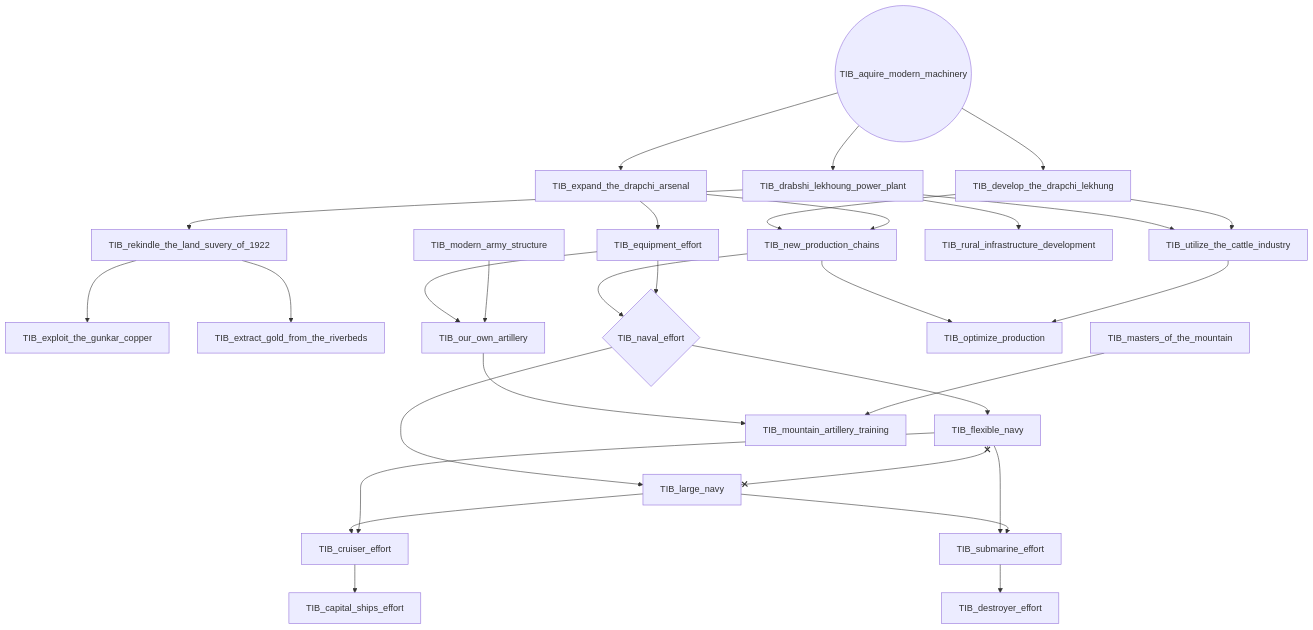
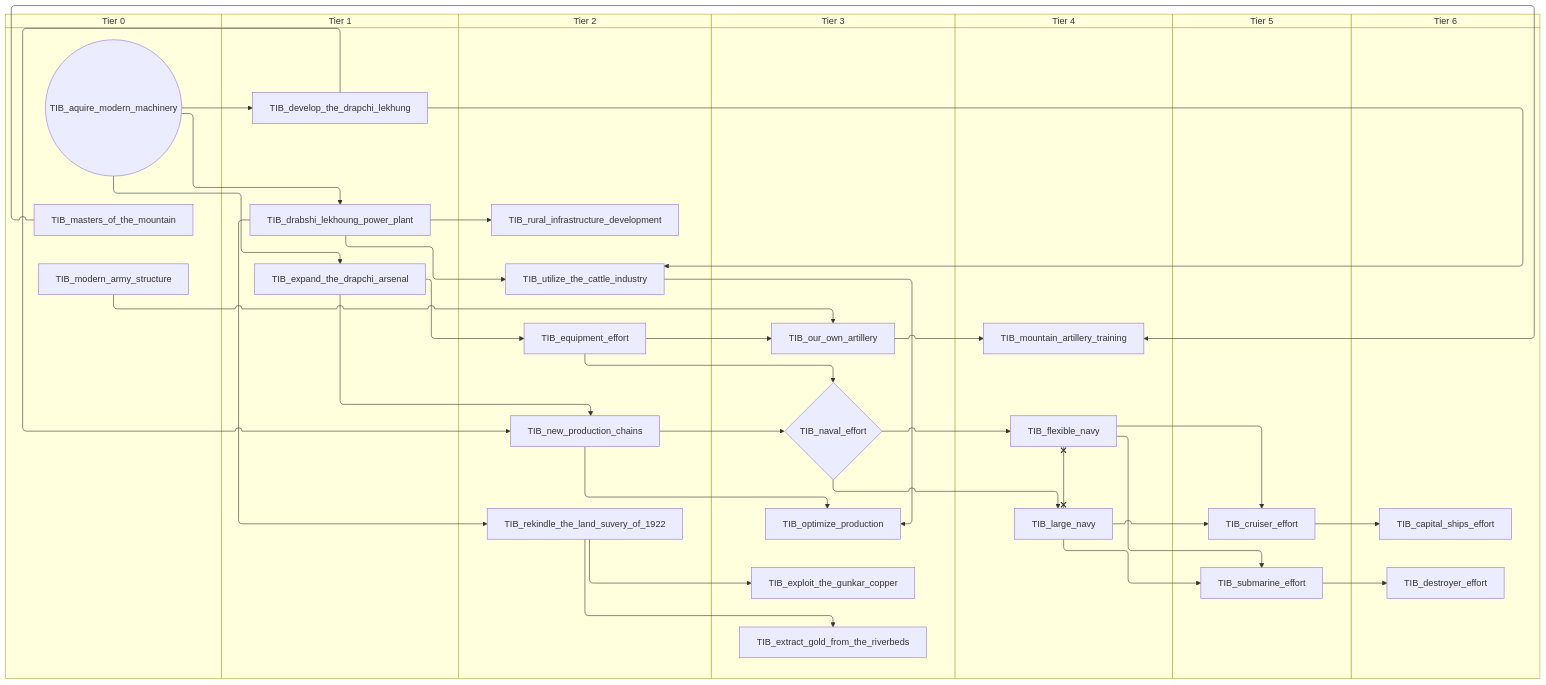
One commit to evgeny-sobol/hoi4-sandbox-mode-r56 changed the first of 4 diagrams in docs/gdd/National Focuses/r56/tibet.md. Above: the diagram before and after it, drawn with Mermaid. The commit also changed other lines of this file and 423 other files, not shown here.

First line of the commit message:
Re-export Rt56 focus trees as swimlane diagrams

````diff
--- a/docs/gdd/National Focuses/r56/tibet.md
+++ b/docs/gdd/National Focuses/r56/tibet.md
@@ -3,55 +3,69 @@
 ```mermaid
-flowchart TD
-    n1(("TIB_aquire_modern_machinery"))
-    n2["TIB_capital_ships_effort"]
-    n3["TIB_cruiser_effort"]
-    n4["TIB_destroyer_effort"]
-    n5["TIB_develop_the_drapchi_lekhung"]
-    n6["TIB_drabshi_lekhoung_power_plant"]
-    n7["TIB_equipment_effort"]
-    n8["TIB_expand_the_drapchi_arsenal"]
-    n9["TIB_exploit_the_gunkar_copper"]
-    n10["TIB_extract_gold_from_the_riverbeds"]
-    n11["TIB_flexible_navy"]
-    n12["TIB_large_navy"]
-    n13["TIB_masters_of_the_mountain"]
-    n14["TIB_modern_army_structure"]
-    n15["TIB_mountain_artillery_training"]
-    n16{"TIB_naval_effort"}
-    n17["TIB_new_production_chains"]
-    n18["TIB_optimize_production"]
-    n19["TIB_our_own_artillery"]
-    n20["TIB_rekindle_the_land_suvery_of_1922"]
-    n21["TIB_rural_infrastructure_development"]
-    n22["TIB_submarine_effort"]
-    n23["TIB_utilize_the_cattle_industry"]
-    n3 --> n2
-    n12 --> n3
-    n11 --> n3
-    n22 --> n4
+swimlane-beta TD
+    subgraph tier_0["Tier 0"]
+        n1(("TIB_aquire_modern_machinery"))
+        n2["TIB_masters_of_the_mountain"]
+        n3["TIB_modern_army_structure"]
+    end
+    subgraph tier_1["Tier 1"]
+        n4["TIB_develop_the_drapchi_lekhung"]
+        n5["TIB_drabshi_lekhoung_power_plant"]
+        n6["TIB_expand_the_drapchi_arsenal"]
+    end
+    subgraph tier_2["Tier 2"]
+        n7["TIB_equipment_effort"]
+        n8["TIB_new_production_chains"]
+        n9["TIB_rekindle_the_land_suvery_of_1922"]
+        n10["TIB_rural_infrastructure_development"]
+        n11["TIB_utilize_the_cattle_industry"]
+    end
+    subgraph tier_3["Tier 3"]
+        n12["TIB_exploit_the_gunkar_copper"]
+        n13["TIB_extract_gold_from_the_riverbeds"]
+        n14{"TIB_naval_effort"}
+        n15["TIB_optimize_production"]
+        n16["TIB_our_own_artillery"]
+    end
+    subgraph tier_4["Tier 4"]
+        n17["TIB_flexible_navy"]
+        n18["TIB_large_navy"]
+        n19["TIB_mountain_artillery_training"]
+    end
+    subgraph tier_5["Tier 5"]
+        n20["TIB_cruiser_effort"]
+        n21["TIB_submarine_effort"]
+    end
+    subgraph tier_6["Tier 6"]
+        n22["TIB_capital_ships_effort"]
+        n23["TIB_destroyer_effort"]
+    end
+    n20 --> n22
+    n18 --> n20
+    n17 --> n20
+    n21 --> n23
+    n1 --> n4
     n1 --> n5
+    n6 --> n7
     n1 --> n6
-    n8 --> n7
-    n1 --> n8
-    n20 --> n9
-    n20 --> n10
-    n16 --> n11
-    n16 --> n12
-    n19 --> n15
-    n13 --> n15
-    n17 --> n16
+    n9 --> n12
+    n9 --> n13
+    n14 --> n17
+    n14 --> n18
+    n16 --> n19
+    n2 --> n19
+    n8 --> n14
+    n7 --> n14
+    n4 --> n8
+    n6 --> n8
+    n8 --> n15
+    n11 --> n15
     n7 --> n16
-    n5 --> n17
-    n8 --> n17
-    n17 --> n18
-    n23 --> n18
-    n7 --> n19
-    n14 --> n19
-    n6 --> n20
-    n6 --> n21
-    n11 --> n22
-    n12 --> n22
-    n6 --> n23
-    n5 --> n23
-    n11 x--x n12
+    n3 --> n16
+    n5 --> n9
+    n5 --> n10
+    n17 --> n21
+    n18 --> n21
+    n5 --> n11
+    n4 --> n11
+    n17 x--x n18
 ```
````
